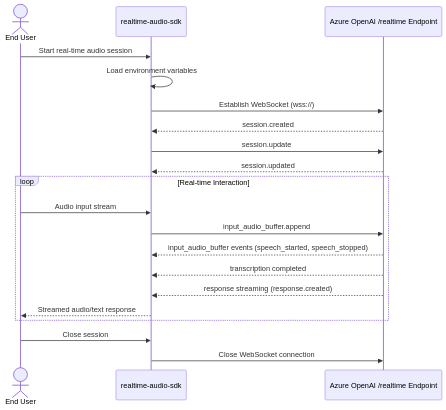
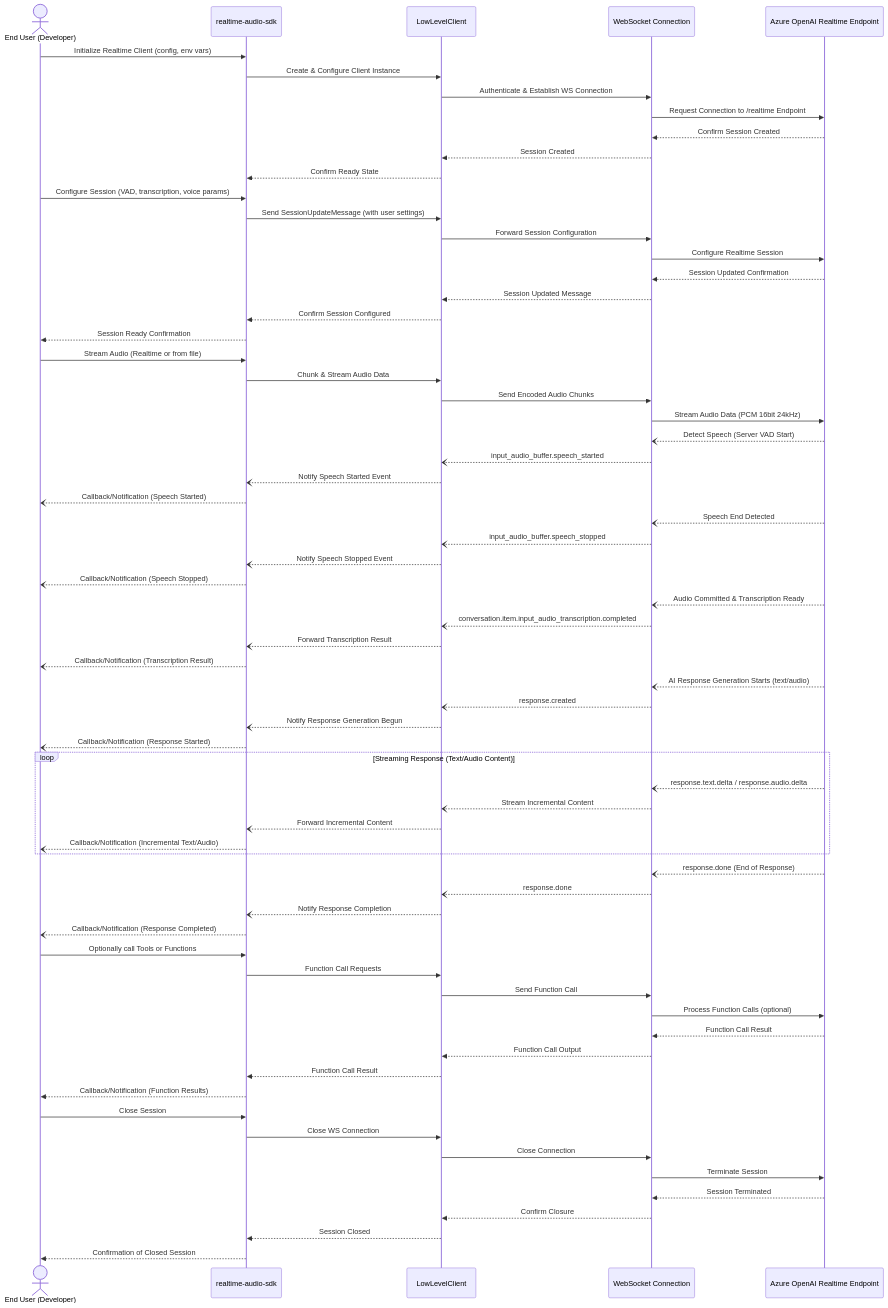
The diagram in README.md (bardbyte/realtime-audio-sdk), drawn with Mermaid before and after one commit. The commit also changed other lines of this file, not shown here.

````diff
--- a/README.md
+++ b/README.md
@@ -111,26 +163,81 @@
 ```mermaid
 sequenceDiagram
-    actor User as End User
-    participant SDK as realtime-audio-sdk
-    participant AOAI as Azure OpenAI /realtime Endpoint
+  actor User as End User (Developer)
+  participant SDK as realtime-audio-sdk
+  participant LowLevelClient as LowLevelClient
+  participant WebSocket as WebSocket Connection
+  participant AOAI as Azure OpenAI Realtime Endpoint
 
-    User->>SDK: Start real-time audio session
-    SDK->>SDK: Load environment variables
-    SDK->>AOAI: Establish WebSocket (wss://)
-    AOAI-->>SDK: session.created
+  User->>SDK: Initialize Realtime Client (config, env vars)
+  SDK->>LowLevelClient: Create & Configure Client Instance
+  LowLevelClient->>WebSocket: Authenticate & Establish WS Connection
+  WebSocket->>AOAI: Request Connection to /realtime Endpoint
+  AOAI-->>WebSocket: Confirm Session Created
+  WebSocket-->>LowLevelClient: Session Created
+  LowLevelClient-->>SDK: Confirm Ready State
 
-    SDK->>AOAI: session.update
-    AOAI-->>SDK: session.updated
+  User->>SDK: Configure Session (VAD, transcription, voice params)
+  SDK->>LowLevelClient: Send SessionUpdateMessage (with user settings)
+  LowLevelClient->>WebSocket: Forward Session Configuration
+  WebSocket->>AOAI: Configure Realtime Session
+  AOAI-->>WebSocket: Session Updated Confirmation
+  WebSocket-->>LowLevelClient: Session Updated Message
+  LowLevelClient-->>SDK: Confirm Session Configured
+  SDK-->>User: Session Ready Confirmation
 
-    loop Real-time Interaction
-        User->>SDK: Audio input stream
-        SDK->>AOAI: input_audio_buffer.append
-        AOAI-->>SDK: input_audio_buffer events (speech_started, speech_stopped)
-        AOAI-->>SDK: transcription completed
-        AOAI-->>SDK: response streaming (response.created)
-        SDK-->>User: Streamed audio/text response
-    end
+  User->>SDK: Stream Audio (Realtime or from file)
+  SDK->>LowLevelClient: Chunk & Stream Audio Data
+  LowLevelClient->>WebSocket: Send Encoded Audio Chunks
+  WebSocket->>AOAI: Stream Audio Data (PCM 16bit 24kHz)
 
-    User->>SDK: Close session
-    SDK->>AOAI: Close WebSocket connection
+  AOAI--)WebSocket: Detect Speech (Server VAD Start)
+  WebSocket--)LowLevelClient: input_audio_buffer.speech_started
+  LowLevelClient--)SDK: Notify Speech Started Event
+  SDK--)User: Callback/Notification (Speech Started)
+
+  AOAI--)WebSocket: Speech End Detected
+  WebSocket--)LowLevelClient: input_audio_buffer.speech_stopped
+  LowLevelClient--)SDK: Notify Speech Stopped Event
+  SDK--)User: Callback/Notification (Speech Stopped)
+
+  AOAI--)WebSocket: Audio Committed & Transcription Ready
+  WebSocket--)LowLevelClient: conversation.item.input_audio_transcription.completed
+  LowLevelClient--)SDK: Forward Transcription Result
+  SDK--)User: Callback/Notification (Transcription Result)
+
+  AOAI--)WebSocket: AI Response Generation Starts (text/audio)
+  WebSocket--)LowLevelClient: response.created
+  LowLevelClient--)SDK: Notify Response Generation Begun
+  SDK--)User: Callback/Notification (Response Started)
+
+  loop Streaming Response (Text/Audio Content)
+      AOAI--)WebSocket: response.text.delta / response.audio.delta
+      WebSocket--)LowLevelClient: Stream Incremental Content
+      LowLevelClient--)SDK: Forward Incremental Content
+      SDK--)User: Callback/Notification (Incremental Text/Audio)
+  end
+
+  AOAI--)WebSocket: response.done (End of Response)
+  WebSocket--)LowLevelClient: response.done
+  LowLevelClient--)SDK: Notify Response Completion
+  SDK--)User: Callback/Notification (Response Completed)
+
+  User->>SDK: Optionally call Tools or Functions
+  SDK->>LowLevelClient: Function Call Requests
+  LowLevelClient->>WebSocket: Send Function Call
+  WebSocket->>AOAI: Process Function Calls (optional)
+  AOAI-->>WebSocket: Function Call Result
+  WebSocket-->>LowLevelClient: Function Call Output
+  LowLevelClient-->>SDK: Function Call Result
+  SDK-->>User: Callback/Notification (Function Results)
+
+  User->>SDK: Close Session
+  SDK->>LowLevelClient: Close WS Connection
+  LowLevelClient->>WebSocket: Close Connection
+  WebSocket->>AOAI: Terminate Session
+  AOAI-->>WebSocket: Session Terminated
+  WebSocket-->>LowLevelClient: Confirm Closure
+  LowLevelClient-->>SDK: Session Closed
+  SDK-->>User: Confirmation of Closed Session
+
 ```
````
